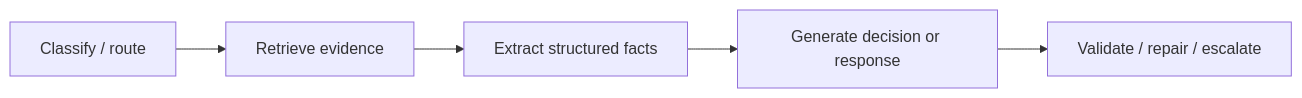
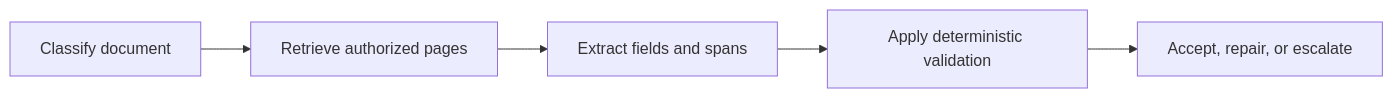
One commit to NightLemon/about-llm changed the diagram in docs/applications/prompting.md. Above: the diagram before and after it, drawn with Mermaid. The commit also changed other lines of this file and 12 other files, not shown here.

````diff
--- a/docs/applications/prompting.md
+++ b/docs/applications/prompting.md
@@ -117,7 +265,7 @@
 ```mermaid
 flowchart LR
-  A["Classify / route"] --> B["Retrieve evidence"]
-  B --> C["Extract structured facts"]
-  C --> D["Generate decision or response"]
-  D --> E["Validate / repair / escalate"]
+  A["Classify document"] --> B["Retrieve authorized pages"]
+  B --> C["Extract fields and spans"]
+  C --> D["Apply deterministic validation"]
+  D --> E["Accept, repair, or escalate"]
 ```
````
